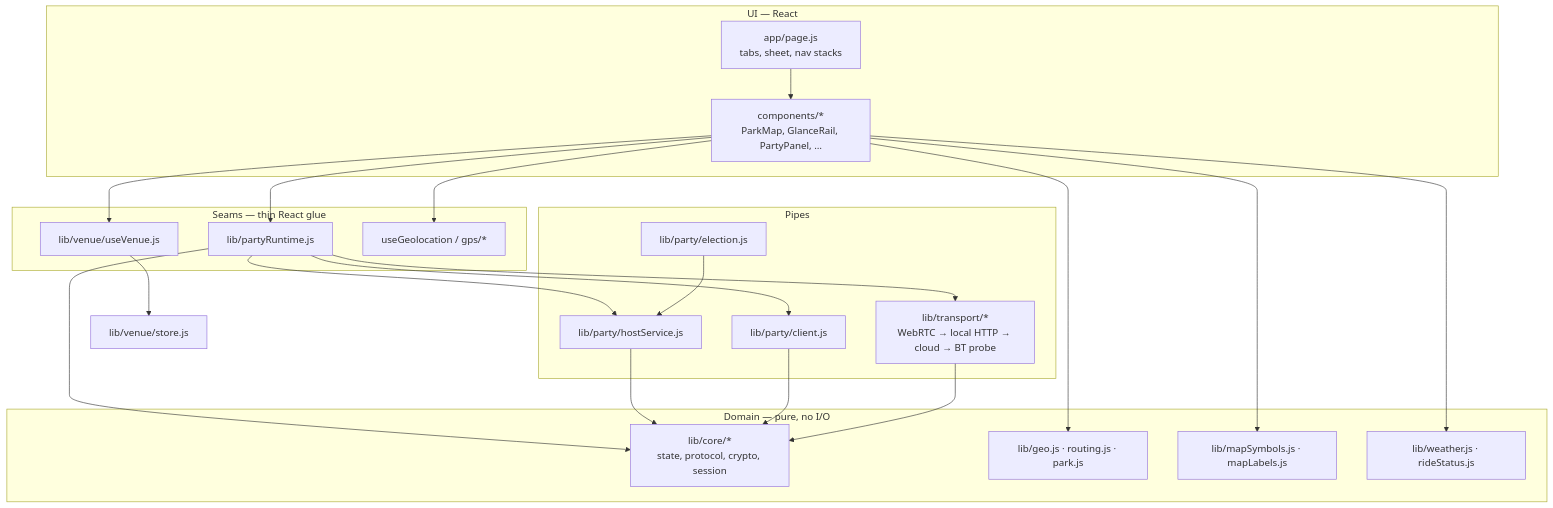
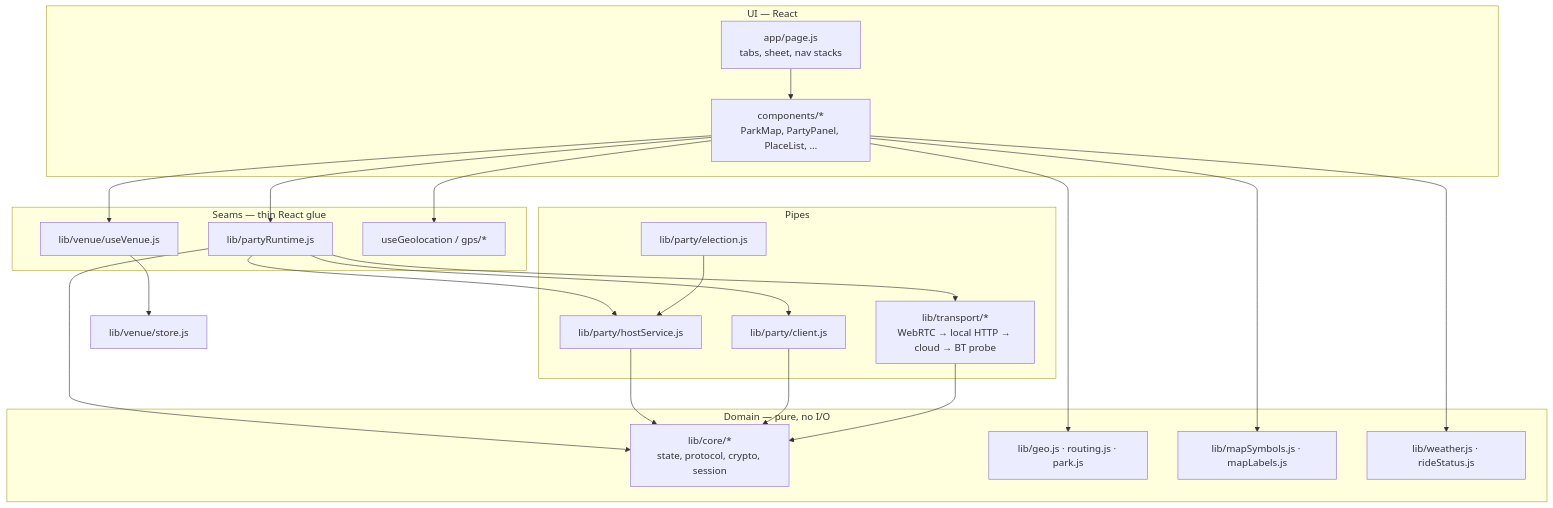
Before and after one commit to parthalon025/six-flags-sa: the third of 8 diagrams in docs/architecture-map.md, drawn with Mermaid. The commit also changed 16 other files, not shown here.

First line of the commit message:
fix(app): delete unmounted GlanceRail and dead glance CSS (#571)

````diff
--- a/docs/architecture-map.md
+++ b/docs/architecture-map.md
@@ -112,36 +112,36 @@
 ```mermaid
 flowchart TB
   subgraph ui ["UI — React"]
     PAGE2["app/page.js<br/>tabs, sheet, nav stacks"]
-    COMP["components/*<br/>ParkMap, GlanceRail, PartyPanel, …"]
+    COMP["components/*<br/>ParkMap, PartyPanel, PlaceList, …"]
   end
 
   subgraph seams ["Seams — thin React glue"]
     UV["lib/venue/useVenue.js"]
     RT["lib/partyRuntime.js"]
     GPS["useGeolocation / gps/*"]
   end
 
   subgraph domain ["Domain — pure, no I/O"]
     CORE["lib/core/*<br/>state, protocol, crypto, session"]
     GEO["lib/geo.js · routing.js · park.js"]
     SYM["lib/mapSymbols.js · mapLabels.js"]
     WX2["lib/weather.js · rideStatus.js"]
   end
 
   subgraph pipes ["Pipes"]
     TX["lib/transport/*<br/>WebRTC → local HTTP → cloud → BT probe"]
     HOST["lib/party/hostService.js"]
     CLI["lib/party/client.js"]
     EL["lib/party/election.js"]
   end
 
   PAGE2 --> COMP
   COMP --> UV & RT & GPS
   UV --> STORE2["lib/venue/store.js"]
   RT --> HOST & CLI & TX & CORE
   HOST & CLI --> CORE
   TX --> CORE
   COMP --> GEO & SYM & WX2
   EL --> HOST
 ```
````
